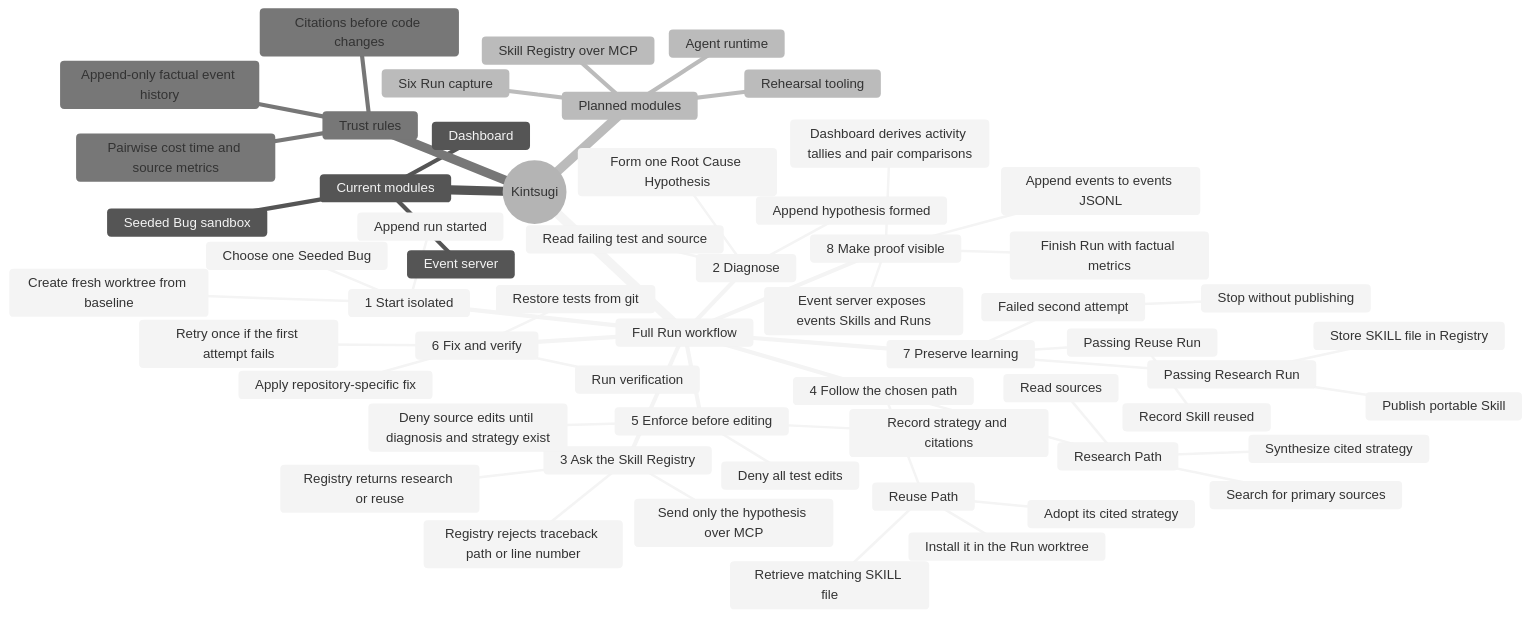
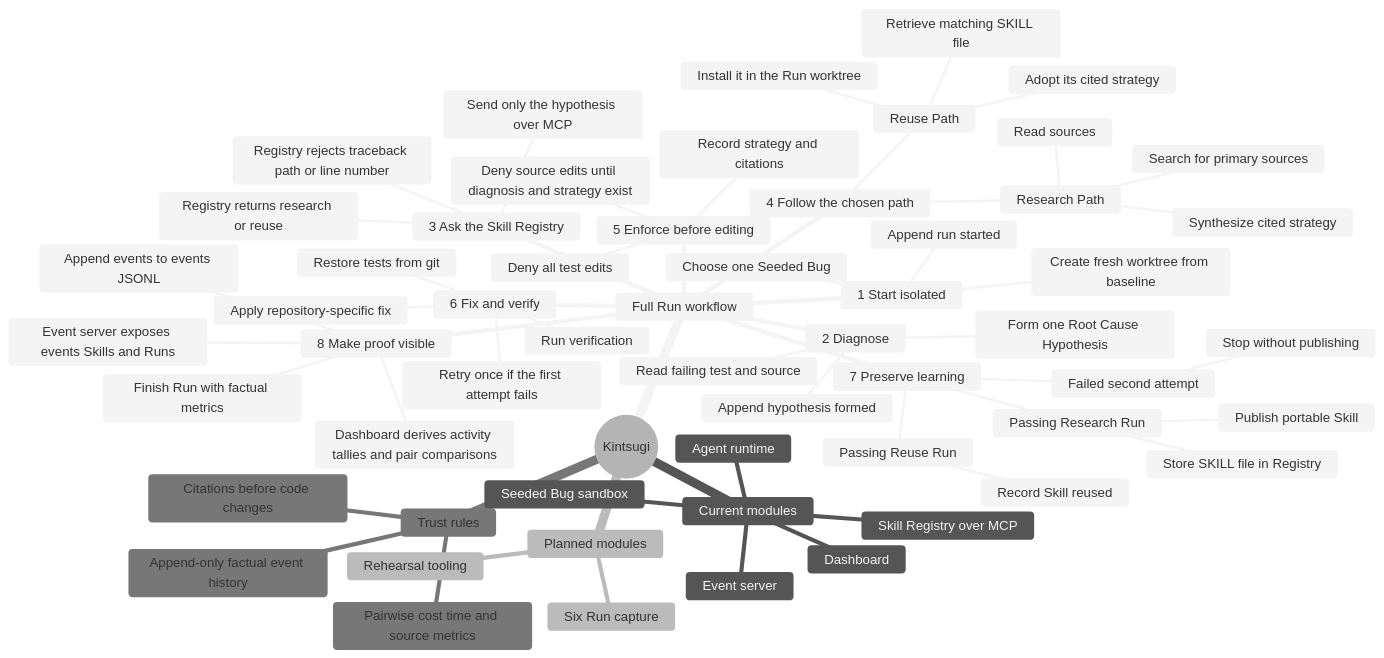
Before and after one commit to arnv15/Kintsugi: the first of 3 diagrams in docs/architecture/README.md, drawn with Mermaid (neutral theme). The commit also changed other lines of this file and 28 other files, not shown here.

````diff
--- a/docs/architecture/README.md
+++ b/docs/architecture/README.md
@@ -18,61 +18,61 @@
 ```mermaid
 mindmap
   root((Kintsugi))
     Full Run workflow
       1 Start isolated
         Choose one Seeded Bug
         Create fresh worktree from baseline
         Append run started
       2 Diagnose
         Read failing test and source
         Form one Root Cause Hypothesis
         Append hypothesis formed
       3 Ask the Skill Registry
         Send only the hypothesis over MCP
         Registry rejects traceback path or line number
         Registry returns research or reuse
       4 Follow the chosen path
         Research Path
           Search for primary sources
           Read sources
           Synthesize cited strategy
         Reuse Path
           Retrieve matching SKILL file
           Install it in the Run worktree
           Adopt its cited strategy
       5 Enforce before editing
         Record strategy and citations
         Deny all test edits
         Deny source edits until diagnosis and strategy exist
       6 Fix and verify
         Apply repository-specific fix
         Restore tests from git
         Run verification
         Retry once if the first attempt fails
       7 Preserve learning
         Passing Research Run
           Publish portable Skill
           Store SKILL file in Registry
         Passing Reuse Run
           Record Skill reused
         Failed second attempt
           Stop without publishing
       8 Make proof visible
         Finish Run with factual metrics
         Append events to events JSONL
         Event server exposes events Skills and Runs
         Dashboard derives activity tallies and pair comparisons
     Current modules
       Seeded Bug sandbox
       Event server
       Dashboard
-    Planned modules
       Agent runtime
       Skill Registry over MCP
+    Planned modules
       Six Run capture
       Rehearsal tooling
     Trust rules
       Citations before code changes
       Append-only factual event history
       Pairwise cost time and source metrics
 ```
````
